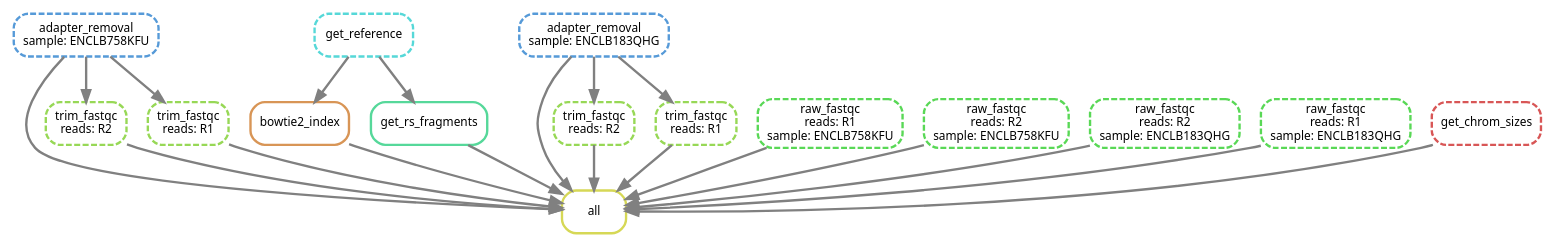
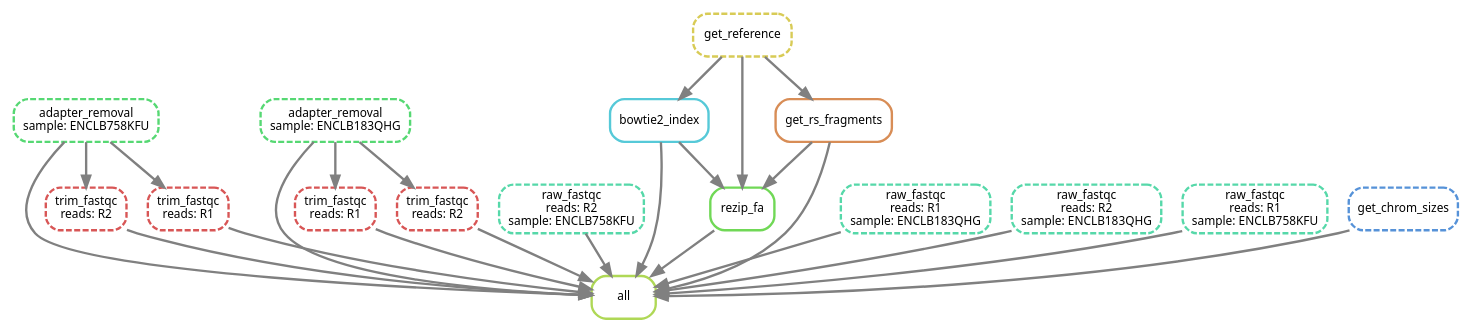
One commit to DRMCRL/ENCODE_T47D_HiC_ENCSR549MGQ changed the diagram in output/dag.dot. Above: the diagram before and after it, drawn with Graphviz. The commit also changed 6 other files, not shown here.

```diff
--- a/output/dag.dot
+++ b/output/dag.dot
@@ -1,39 +1,44 @@
 digraph snakemake_dag {
     graph[bgcolor=white, margin=0];
     node[shape=box, style=rounded, fontname=sans,                 fontsize=10, penwidth=2];
     edge[penwidth=2, color=grey];
-	0[label = "all", color = "0.17 0.6 0.85", style="rounded"];
-	1[label = "trim_fastqc\nreads: R2", color = "0.25 0.6 0.85", style="rounded,dashed"];
-	2[label = "bowtie2_index", color = "0.08 0.6 0.85", style="rounded"];
-	3[label = "trim_fastqc\nreads: R2", color = "0.25 0.6 0.85", style="rounded,dashed"];
-	4[label = "adapter_removal\nsample: ENCLB758KFU", color = "0.58 0.6 0.85", style="rounded,dashed"];
-	5[label = "trim_fastqc\nreads: R1", color = "0.25 0.6 0.85", style="rounded,dashed"];
-	6[label = "trim_fastqc\nreads: R1", color = "0.25 0.6 0.85", style="rounded,dashed"];
-	7[label = "raw_fastqc\nreads: R1\nsample: ENCLB758KFU", color = "0.33 0.6 0.85", style="rounded,dashed"];
-	8[label = "raw_fastqc\nreads: R2\nsample: ENCLB758KFU", color = "0.33 0.6 0.85", style="rounded,dashed"];
-	9[label = "raw_fastqc\nreads: R2\nsample: ENCLB183QHG", color = "0.33 0.6 0.85", style="rounded,dashed"];
-	10[label = "raw_fastqc\nreads: R1\nsample: ENCLB183QHG", color = "0.33 0.6 0.85", style="rounded,dashed"];
-	11[label = "get_rs_fragments", color = "0.42 0.6 0.85", style="rounded"];
-	12[label = "get_chrom_sizes", color = "0.00 0.6 0.85", style="rounded,dashed"];
-	13[label = "adapter_removal\nsample: ENCLB183QHG", color = "0.58 0.6 0.85", style="rounded,dashed"];
-	14[label = "get_reference", color = "0.50 0.6 0.85", style="rounded,dashed"];
+	0[label = "all", color = "0.22 0.6 0.85", style="rounded"];
+	1[label = "adapter_removal\nsample: ENCLB758KFU", color = "0.37 0.6 0.85", style="rounded,dashed"];
+	2[label = "trim_fastqc\nreads: R1", color = "0.00 0.6 0.85", style="rounded,dashed"];
+	3[label = "raw_fastqc\nreads: R2\nsample: ENCLB758KFU", color = "0.44 0.6 0.85", style="rounded,dashed"];
+	4[label = "adapter_removal\nsample: ENCLB183QHG", color = "0.37 0.6 0.85", style="rounded,dashed"];
+	5[label = "trim_fastqc\nreads: R2", color = "0.00 0.6 0.85", style="rounded,dashed"];
+	6[label = "bowtie2_index", color = "0.52 0.6 0.85", style="rounded"];
+	7[label = "get_rs_fragments", color = "0.07 0.6 0.85", style="rounded"];
+	8[label = "raw_fastqc\nreads: R1\nsample: ENCLB183QHG", color = "0.44 0.6 0.85", style="rounded,dashed"];
+	9[label = "rezip_fa", color = "0.30 0.6 0.85", style="rounded"];
+	10[label = "raw_fastqc\nreads: R2\nsample: ENCLB183QHG", color = "0.44 0.6 0.85", style="rounded,dashed"];
+	11[label = "raw_fastqc\nreads: R1\nsample: ENCLB758KFU", color = "0.44 0.6 0.85", style="rounded,dashed"];
+	12[label = "trim_fastqc\nreads: R2", color = "0.00 0.6 0.85", style="rounded,dashed"];
+	13[label = "get_chrom_sizes", color = "0.59 0.6 0.85", style="rounded,dashed"];
+	14[label = "trim_fastqc\nreads: R1", color = "0.00 0.6 0.85", style="rounded,dashed"];
+	15[label = "get_reference", color = "0.15 0.6 0.85", style="rounded,dashed"];
 	1 -> 0
 	2 -> 0
 	3 -> 0
 	4 -> 0
 	5 -> 0
 	6 -> 0
 	7 -> 0
 	8 -> 0
 	9 -> 0
 	10 -> 0
 	11 -> 0
 	12 -> 0
 	13 -> 0
-	4 -> 1
-	14 -> 2
-	13 -> 3
-	13 -> 5
-	4 -> 6
-	14 -> 11
+	14 -> 0
+	4 -> 2
+	4 -> 5
+	15 -> 6
+	15 -> 7
+	6 -> 9
+	7 -> 9
+	15 -> 9
+	1 -> 12
+	1 -> 14
 }            
```
